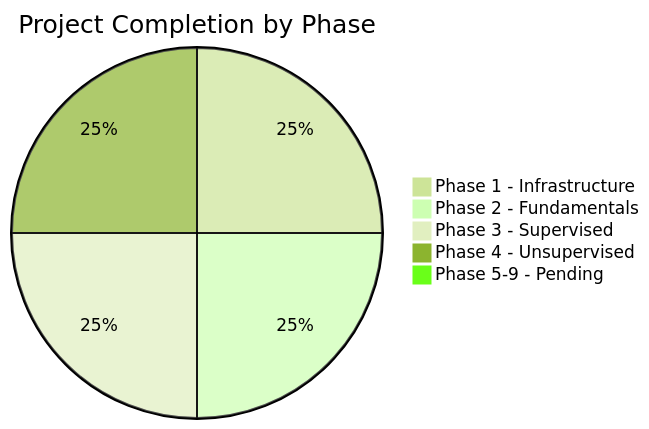
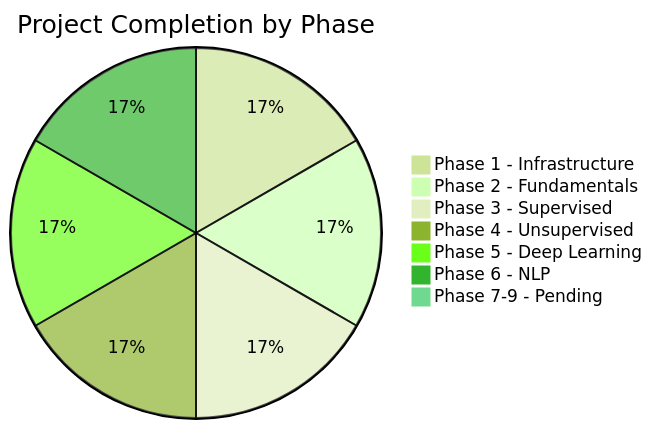
One commit to hkevin01/python-ML-learn changed the tenth of 11 diagrams in README.md. Above: the diagram before and after it, drawn with Mermaid (forest theme). The commit also changed other lines of this file and 17 other files, not shown here.

````diff
--- a/README.md
+++ b/README.md
@@ -680,8 +686,10 @@
 ```mermaid
 pie title Project Completion by Phase
     "Phase 1 - Infrastructure" : 100
     "Phase 2 - Fundamentals" : 100
     "Phase 3 - Supervised" : 100
     "Phase 4 - Unsupervised" : 100
-    "Phase 5-9 - Pending" : 0
+    "Phase 5 - Deep Learning" : 100
+    "Phase 6 - NLP" : 100
+    "Phase 7-9 - Pending" : 0
 ```
````
